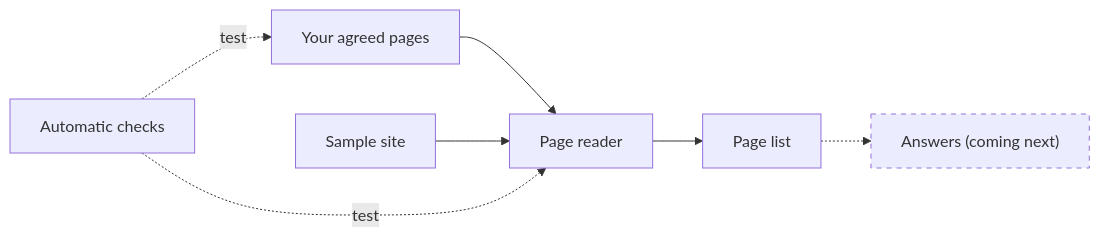
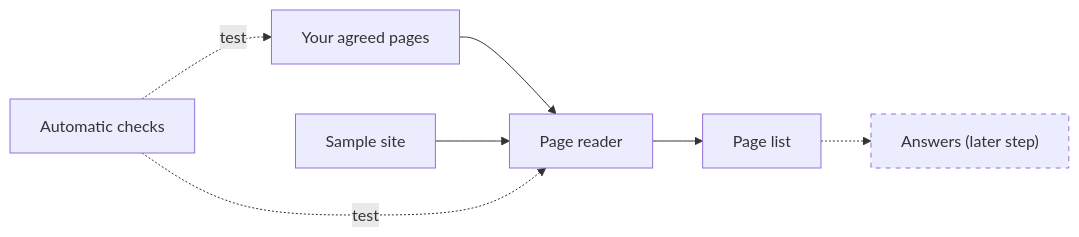
One commit to RoxanaTapia/maple-street-front-desk changed the diagram in README.md. Above: the diagram before and after it, drawn with Mermaid.

Commit message:
docs: match the later-step label in the diagram
The page-list diagram now says Answers (later step), the same wording as What's planned.

````diff
--- a/README.md
+++ b/README.md
@@ -15,10 +15,10 @@
 ```mermaid
 flowchart LR
   agreed["Your agreed pages"] --> reader["Page reader"]
   site["Sample site"] --> reader
   reader --> list["Page list"]
-  list -.-> answers["Answers (coming next)"]
+  list -.-> answers["Answers (later step)"]
   checks["Automatic checks"] -. test .-> reader
   checks -. test .-> agreed
   style answers stroke-dasharray: 5 5
 ```
````
